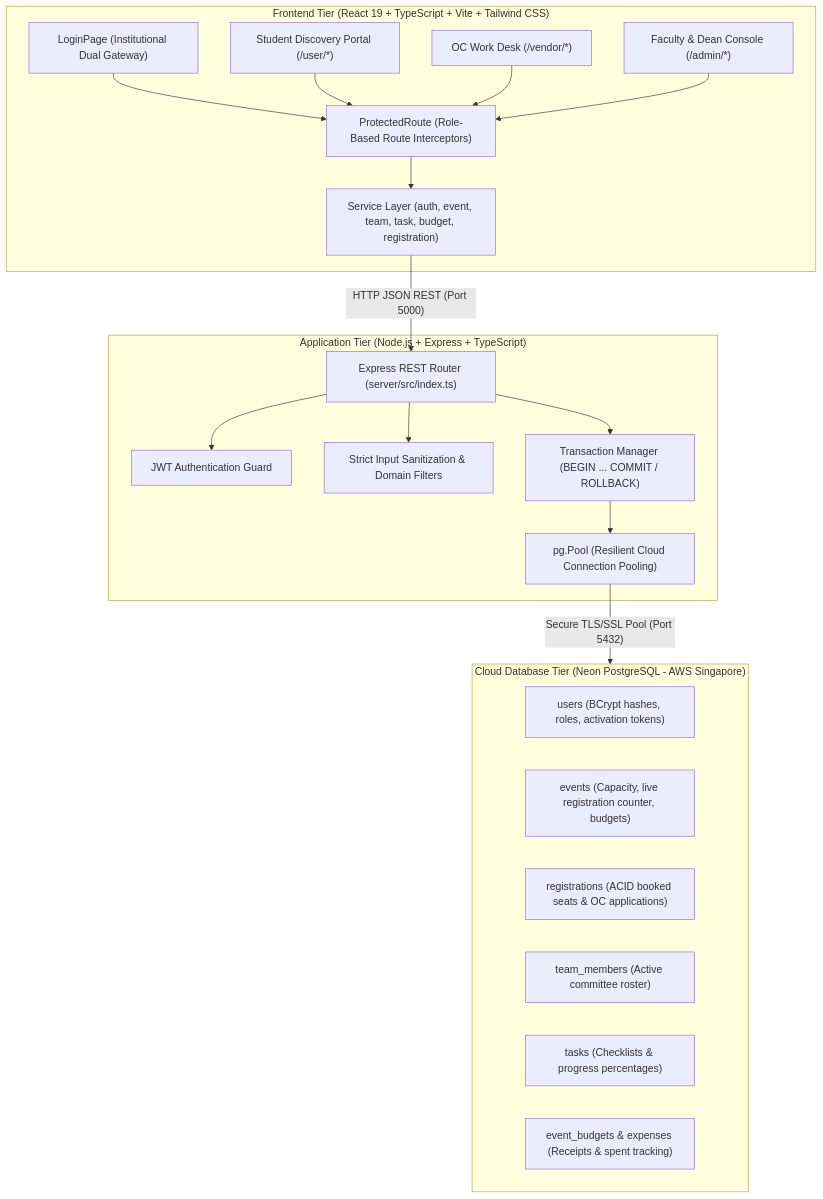
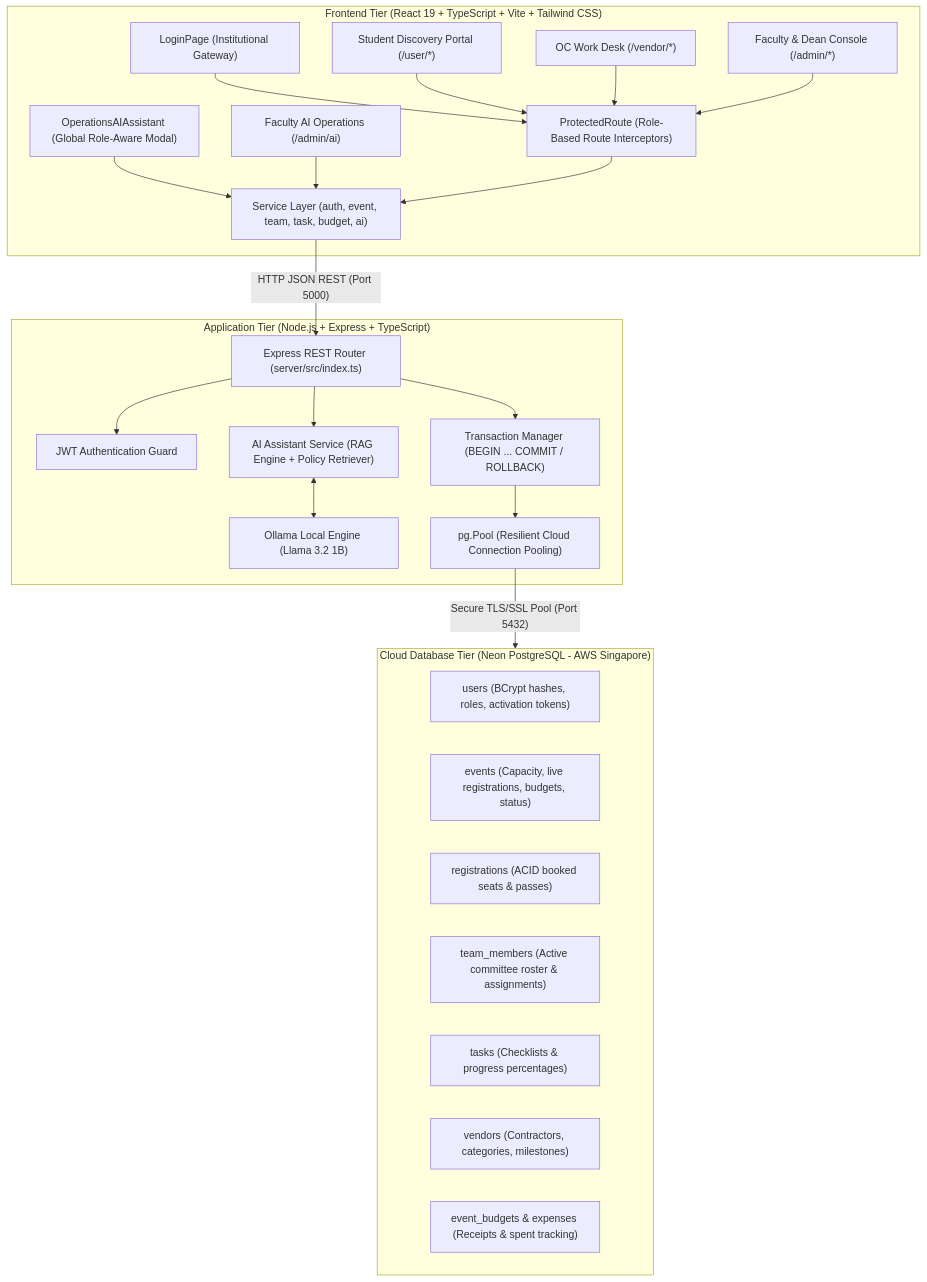
The diagram in README.md (Srijitadebnath/Full-Stack-Project-), drawn with Mermaid before and after one commit. The commit also changed other lines of this file and 40 other files, not shown here.

Commit message:
feat: AI Operations Copilot, RAG Helpdesk, Dynamic Event Planning Advisor & System Enhancements

````diff
--- a/README.md
+++ b/README.md
@@ -20,40 +24,47 @@
 ```mermaid
 flowchart TD
     subgraph ClientTier ["Frontend Tier (React 19 + TypeScript + Vite + Tailwind CSS)"]
-        UI_Login["LoginPage (Institutional Dual Gateway)"]
+        UI_Login["LoginPage (Institutional Gateway)"]
         UI_Student["Student Discovery Portal (/user/*)"]
         UI_OC["OC Work Desk (/vendor/*)"]
         UI_Admin["Faculty & Dean Console (/admin/*)"]
+        UI_AdminAI["Faculty AI Operations (/admin/ai)"]
+        FloatingAI["OperationsAIAssistant (Global Role-Aware Modal)"]
         Guards["ProtectedRoute (Role-Based Route Interceptors)"]
-        Services["Service Layer (auth, event, team, task, budget, registration)"]
+        Services["Service Layer (auth, event, team, task, budget, ai)"]
     end
 
     subgraph ServerTier ["Application Tier (Node.js + Express + TypeScript)"]
         Router["Express REST Router (server/src/index.ts)"]
         AuthMiddleware["JWT Authentication Guard"]
-        Validation["Strict Input Sanitization & Domain Filters"]
+        AI_Service["AI Assistant Service (RAG Engine + Policy Retriever)"]
+        Local_LLM["Ollama Local Engine (Llama 3.2 1B)"]
         TransManager["Transaction Manager (BEGIN ... COMMIT / ROLLBACK)"]
         PoolManager["pg.Pool (Resilient Cloud Connection Pooling)"]
     end
 
     subgraph DatabaseTier ["Cloud Database Tier (Neon PostgreSQL - AWS Singapore)"]
         DB_Users["users (BCrypt hashes, roles, activation tokens)"]
-        DB_Events["events (Capacity, live registration counter, budgets)"]
-        DB_Regs["registrations (ACID booked seats & OC applications)"]
-        DB_Teams["team_members (Active committee roster)"]
+        DB_Events["events (Capacity, live registrations, budgets, status)"]
+        DB_Regs["registrations (ACID booked seats & passes)"]
+        DB_Teams["team_members (Active committee roster & assignments)"]
         DB_Tasks["tasks (Checklists & progress percentages)"]
+        DB_Vendors["vendors (Contractors, categories, milestones)"]
         DB_Budgets["event_budgets & expenses (Receipts & spent tracking)"]
     end
 
     UI_Login --> Guards
     UI_Student --> Guards
     UI_OC --> Guards
     UI_Admin --> Guards
+    FloatingAI --> Services
+    UI_AdminAI --> Services
     Guards --> Services
     Services -->|"HTTP JSON REST (Port 5000)"| Router
     Router --> AuthMiddleware
-    Router --> Validation
+    Router --> AI_Service
+    AI_Service <--> Local_LLM
     Router --> TransManager
     TransManager --> PoolManager
     PoolManager -->|"Secure TLS/SSL Pool (Port 5432)"| DatabaseTier
 ```
````
